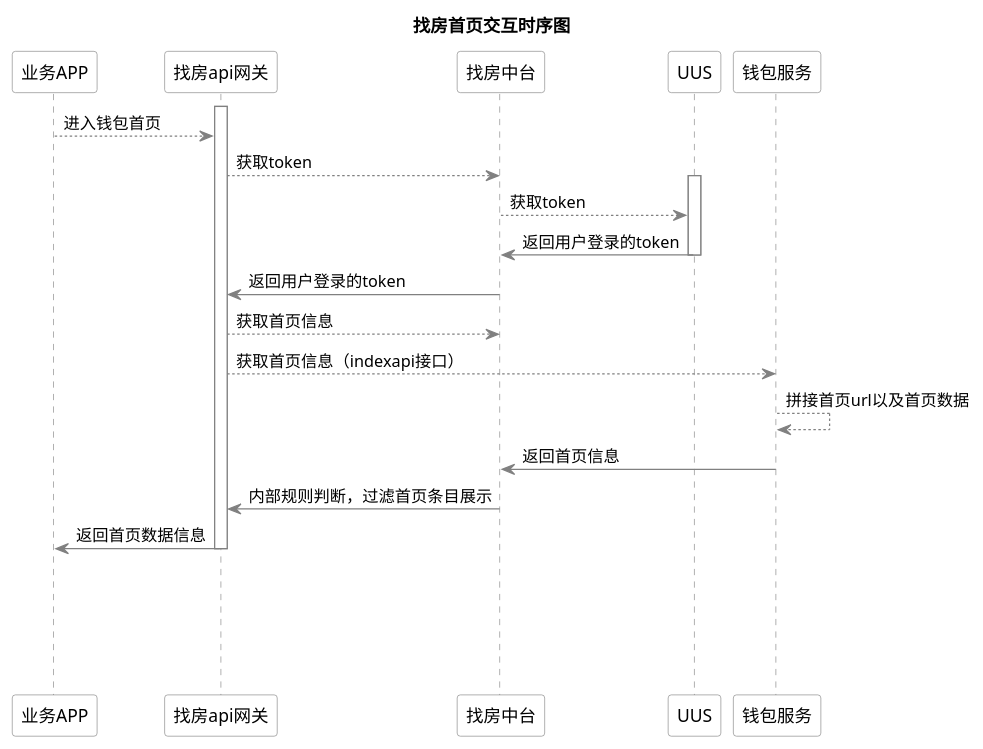
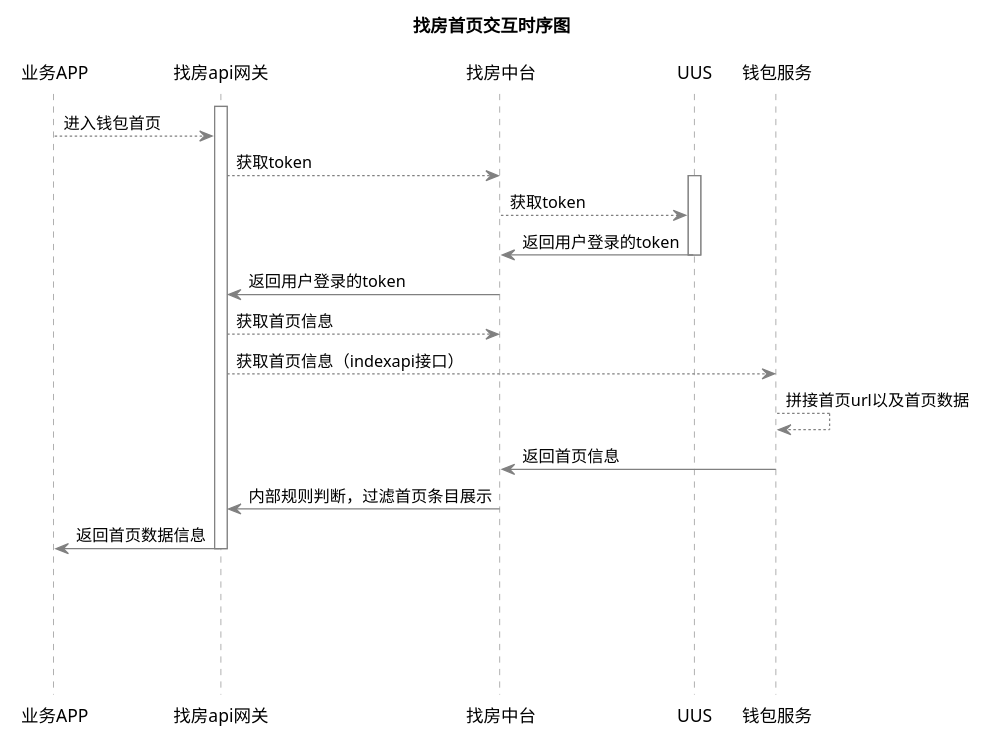
The diagram in flow-chart/api/b-wallet/ke_ewallet.puml (LUCKYZHOUSTAR/JAVA-repository), drawn with PlantUML before and after one commit.

Commit message:
puml时序图信息

```diff
--- a/flow-chart/api/b-wallet/ke_ewallet.puml
+++ b/flow-chart/api/b-wallet/ke_ewallet.puml
@@ -1,54 +1,75 @@
 @startuml
 skinparam backgroundColor #FFFFFF
 skinparam sequence {
 	ArrowColor gray
-	ParticipantBorderColor gray
-	ParticipantBackgroundColor gray
-	ActorBackgroundColor gray
+	ParticipantBorderColor #FFFFFF
+	ParticipantBackgroundColor #FFFFFF
+	ActorBackgroundColor #FFFFFF
 	ActorFontColor #f0f0f0
 	LifeLineBorderColor gray
     LifeLineBackgroundColor gray
 
+    ParticipantBorderColor FFFFFF
+'    LifeLineBorderColor blue
+'    LifeLineBackgroundColor #A9DCDF
+
+
+
+'ArrowColor DeepSkyBlue
+'	ActorBorderColor DeepSkyBlue
+'	LifeLineBorderColor blue
+'	LifeLineBackgroundColor #A9DCDF
+'
+'	ParticipantBorderColor DeepSkyBlue
+'	ParticipantBackgroundColor DodgerBlue
+'	ParticipantFontName Impact
+'	ParticipantFontSize 17
+'	ParticipantFontColor #A9DCDF
+'
+'	ActorBackgroundColor aqua
+'	ActorFontColor DeepSkyBlue
+'	ActorFontSize 17
+'	ActorFontName Aapex
 }
 
 title 找房首页交互时序图
 participant 业务APP #FFFFFF
 participant 找房api网关 #FFFFFF
 participant 找房中台 #FFFFFF
 participant UUS #FFFFFF
 participant 钱包服务 #FFFFFF
 
 
 
 activate 找房api网关 #FFFFFF
 业务APP-->找房api网关: 进入钱包首页
 
 
 找房api网关-->找房中台: 获取token
 activate UUS #FFFFFF
 
 找房中台-->UUS: 获取token
 
 
 UUS->找房中台: 返回用户登录的token
 deactivate "UUS"
 
 找房中台->找房api网关: 返回用户登录的token
 
 找房api网关-->找房中台: 获取首页信息
 找房api网关-->钱包服务: 获取首页信息（indexapi接口）
 钱包服务-->钱包服务: 拼接首页url以及首页数据
 钱包服务->找房中台: 返回首页信息
 
 找房中台->找房api网关: 内部规则判断，过滤首页条目展示
 
 找房api网关->业务APP: 返回首页数据信息
 
 
 deactivate "找房api网关"
 
 
 ||100||
 
 
 @enduml
```
